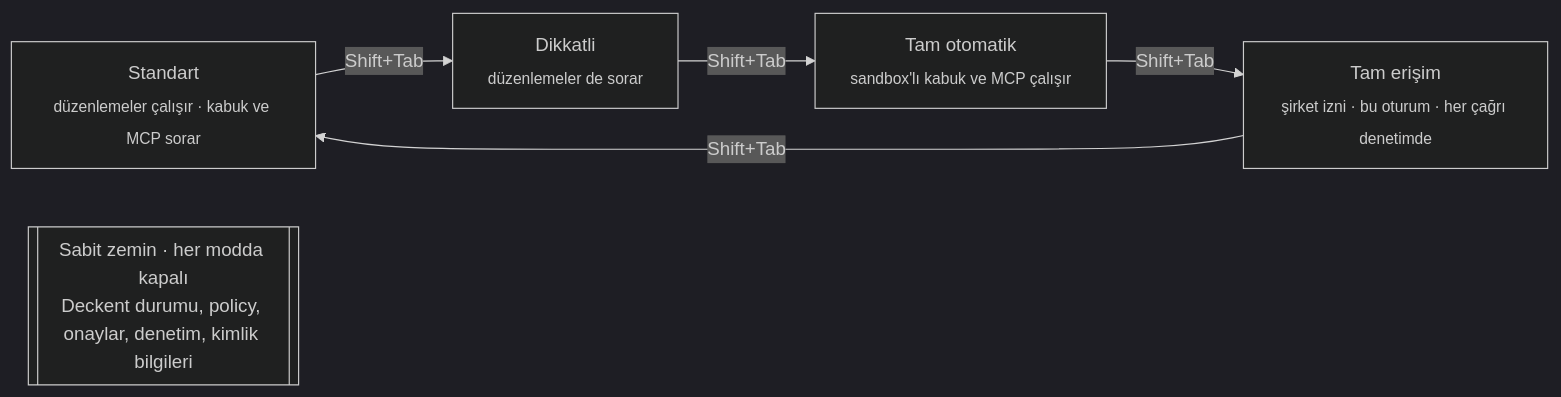
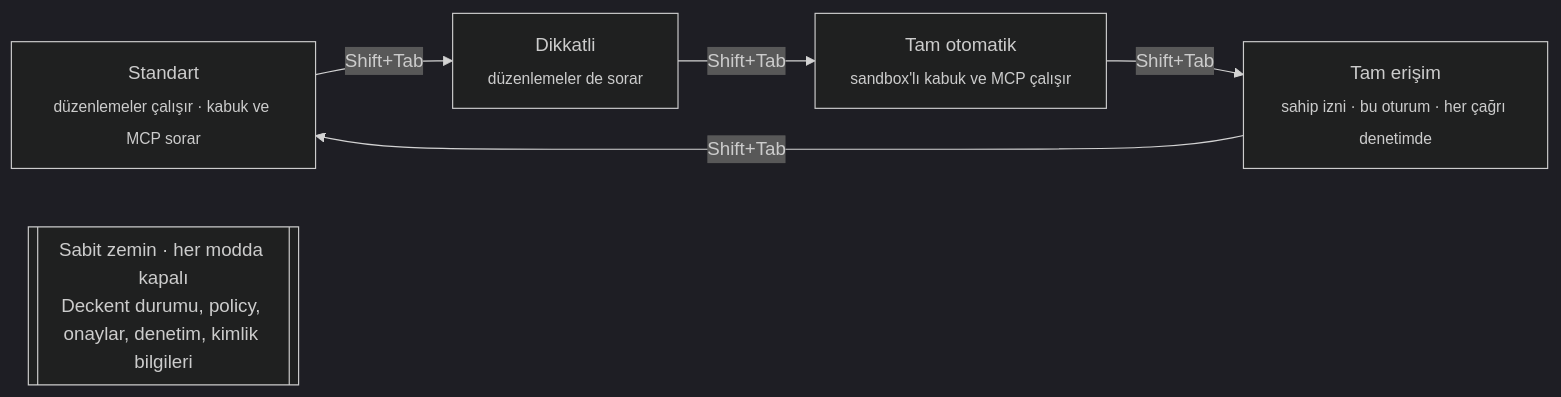
One commit to Verhex/deckent-next changed the fifth of 6 diagrams in README.tr.md. Above: the diagram before and after it, drawn with Mermaid (dark theme). The commit also changed other lines of this file and 1 other file, not shown here.

````diff
--- a/README.tr.md
+++ b/README.tr.md
@@ -398,8 +412,8 @@
 ```mermaid
 flowchart LR
   S["Standart<br/><sub>düzenlemeler çalışır · kabuk ve MCP sorar</sub>"] -->|Shift+Tab| C["Dikkatli<br/><sub>düzenlemeler de sorar</sub>"]
   C -->|Shift+Tab| A["Tam otomatik<br/><sub>sandbox'lı kabuk ve MCP çalışır</sub>"]
-  A -->|Shift+Tab| F["Tam erişim<br/><sub>şirket izni · bu oturum · her çağrı denetimde</sub>"]
+  A -->|Shift+Tab| F["Tam erişim<br/><sub>sahip izni · bu oturum · her çağrı denetimde</sub>"]
   F -->|Shift+Tab| S
   H[["Sabit zemin · her modda kapalı<br/>Deckent durumu, policy, onaylar, denetim, kimlik bilgileri"]]
 ```
````
